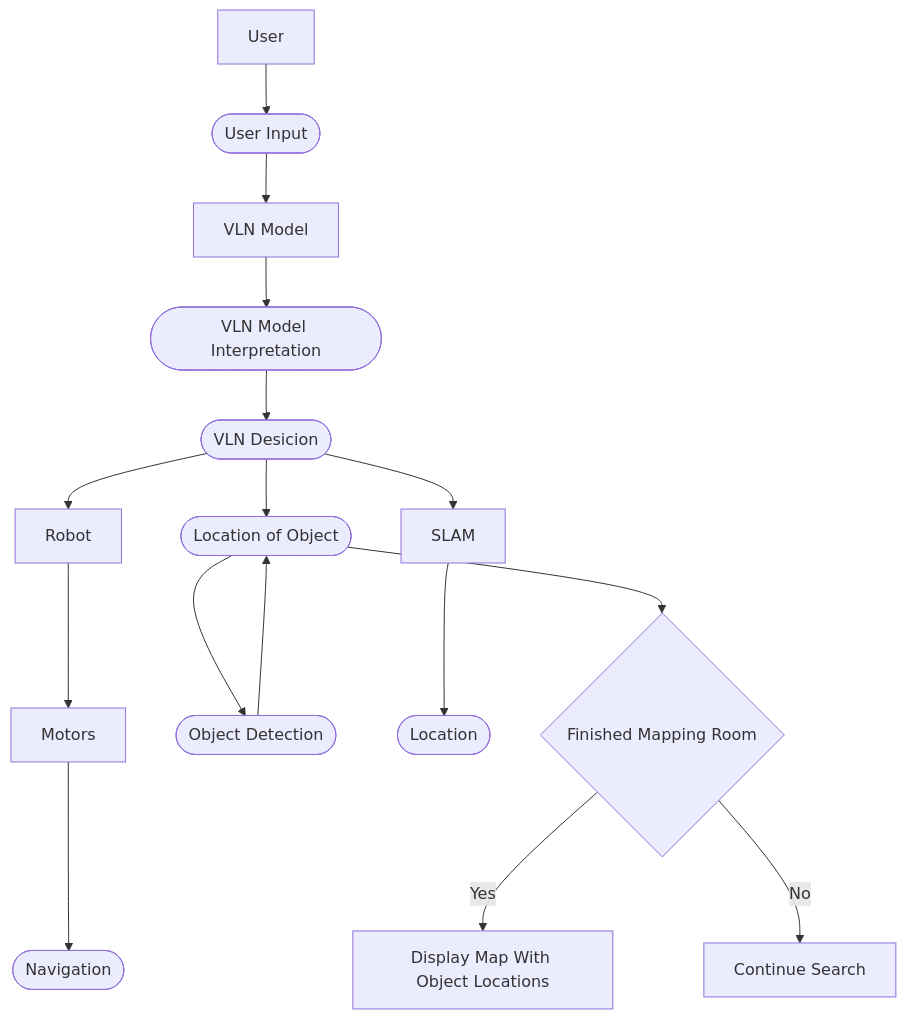
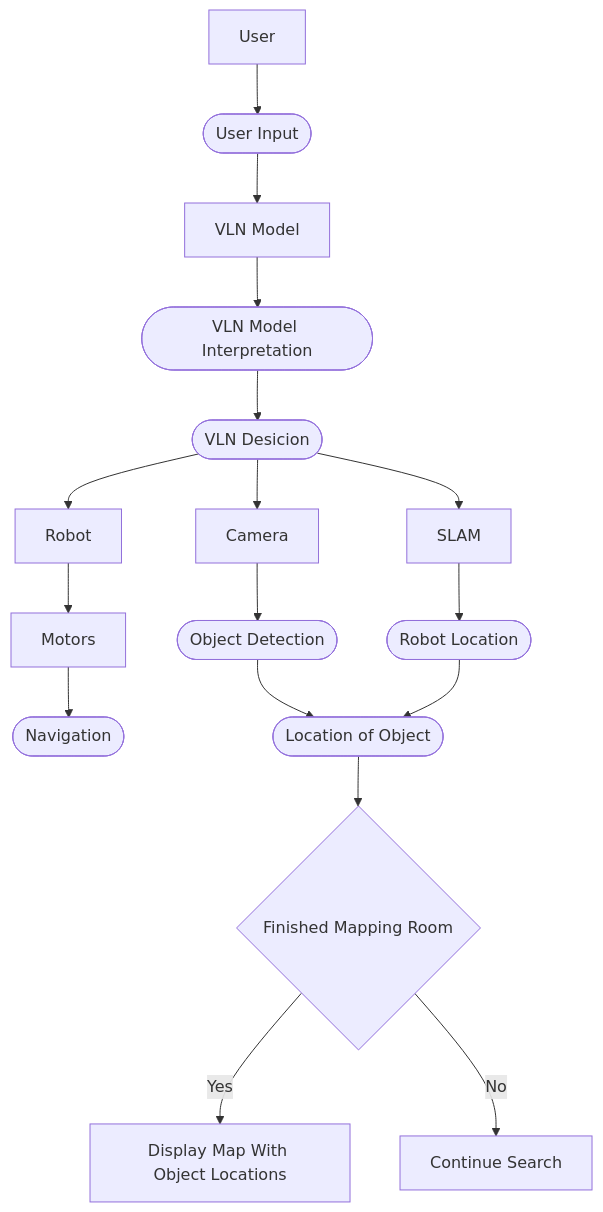
One commit to AkshayaJeyaprakash/Project_ATOM_RAS598 changed the diagram in project/report1.md. Above: the diagram before and after it, drawn with Mermaid.

Commit message:
Fixed the mermaid diagram flowchart

````diff
--- a/project/report1.md
+++ b/project/report1.md
@@ -60,19 +60,20 @@
 ```mermaid
 flowchart TD;
     A["User"];
     A --> B(["User Input"]);
     B --> C["VLN Model"]
     C --> D(["VLN Model Interpretation"]);
     D --> E(["VLN Desicion"]);
     E --> F["Robot"];
     F --> G["Motors"];
     G --> H(["Navigation"]);
     E --> I["Camera"];
     E --> J["SLAM"];
+    J --> M(["Robot Location"]);
     I --> K(["Object Detection"]);
-    J --> M(["Location"]);
-    K --> I(["Location of Object"]);
-    I --> N{"Finished Mapping Room"};
+    K --> Q(["Location of Object"]);
+    M --> Q;
+    Q --> N{"Finished Mapping Room"};
     N -->|Yes| O["Display Map With Object Locations"]
     N -->|No| P["Continue Search"]
 ```
````
